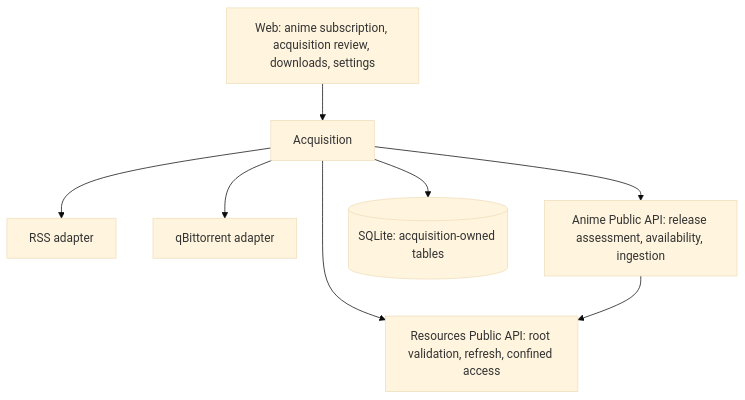
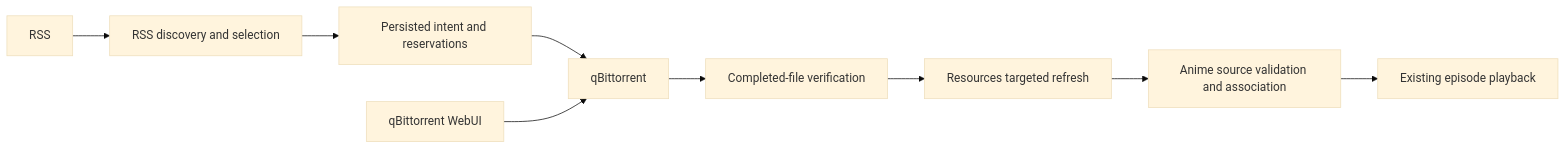
The diagram in docs/current-architecture.md (qw0er/Anishelf), drawn with Mermaid (base theme) before and after one commit. The commit also changed other lines of this file and 61 other files, not shown here.

Commit message:
feat: complete automatic acquisition and verified ingestion

````diff
--- a/docs/current-architecture.md
+++ b/docs/current-architecture.md
@@ -61,17 +13,11 @@
 ```mermaid
-flowchart TD
-    Web[Web: anime subscription, acquisition review, downloads, settings]
-    A[Acquisition]
-    F[RSS adapter]
-    Q[qBittorrent adapter]
-    Anime[Anime Public API: release assessment, availability, ingestion]
-    R[Resources Public API: root validation, refresh, confined access]
-    DB[(SQLite: acquisition-owned tables)]
-    Web --> A
-    A --> F
-    A --> Q
-    A --> Anime
-    A --> R
-    A --> DB
-    Anime --> R
+flowchart LR
+    RSS --> Discovery[RSS discovery and selection]
+    Discovery --> Intent[Persisted intent and reservations]
+    Intent --> Q[qBittorrent]
+    Q --> Verify[Completed-file verification]
+    Verify --> Resources[Resources targeted refresh]
+    Resources --> Anime[Anime source validation and association]
+    Anime --> Library[Existing episode playback]
+    WebUI[qBittorrent WebUI] --> Q
 ```
````
